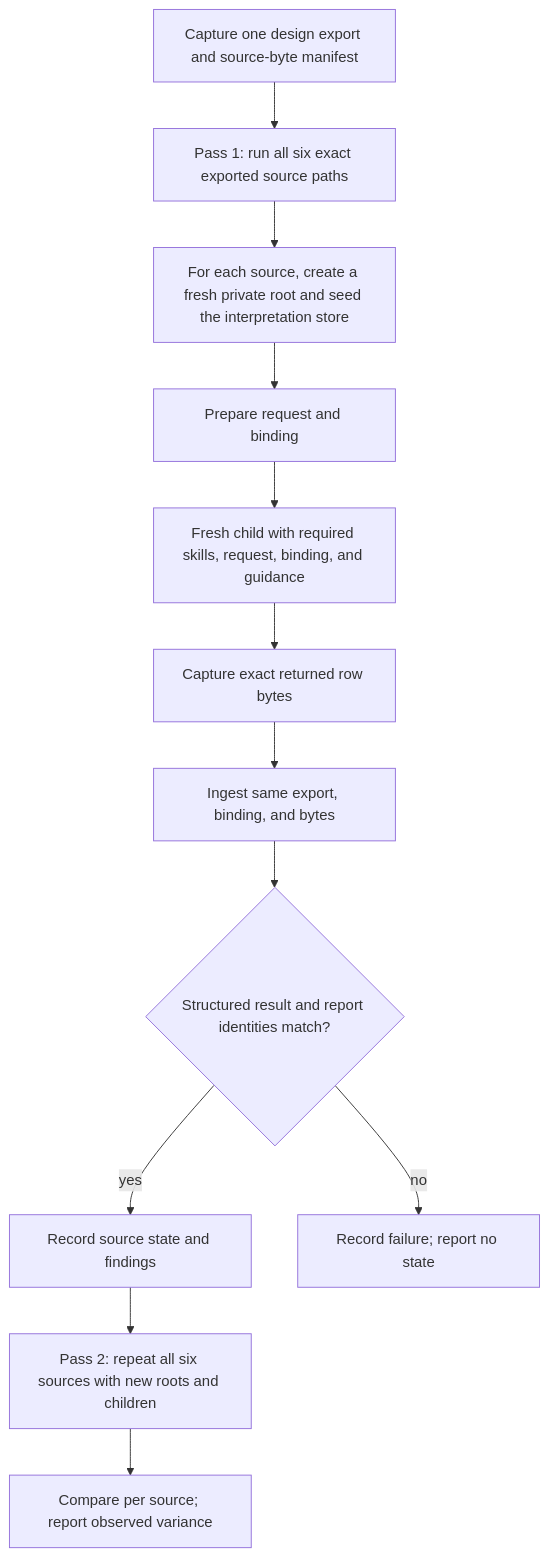
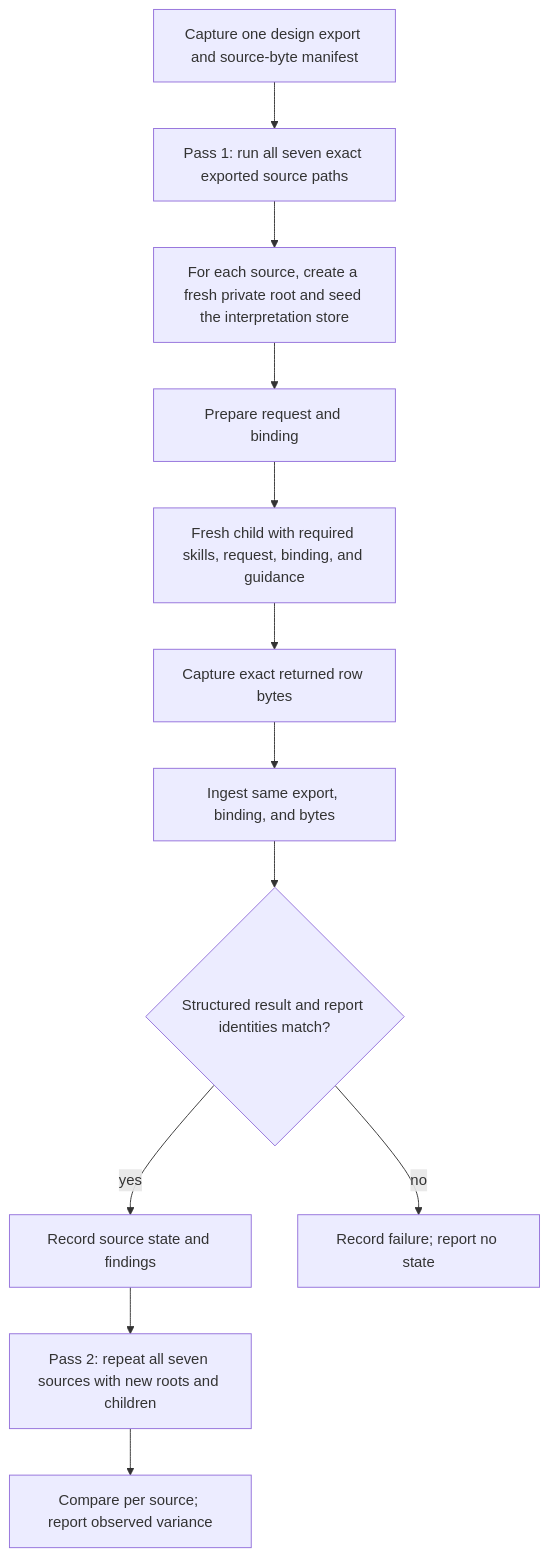
One commit to farhoud/sigil changed the second of 2 diagrams in docs/plans/2026-09-24-0924-feat-slotted-compute-demo-plan.md. Above: the diagram before and after it, drawn with Mermaid. The commit also changed other lines of this file and 7 other files, not shown here.

````diff
--- a/docs/plans/2026-09-24-0924-feat-slotted-compute-demo-plan.md
+++ b/docs/plans/2026-09-24-0924-feat-slotted-compute-demo-plan.md
@@ -228,14 +231,14 @@
 ```mermaid
 flowchart TD
-  export["Capture one design export and source-byte manifest"] --> pass1["Pass 1: run all six exact exported source paths"]
+  export["Capture one design export and source-byte manifest"] --> pass1["Pass 1: run all seven exact exported source paths"]
   pass1 --> root["For each source, create a fresh private root and seed the interpretation store"]
   root --> prepare["Prepare request and binding"]
   prepare --> child["Fresh child with required skills, request, binding, and guidance"]
   child --> bytes["Capture exact returned row bytes"]
   bytes --> ingest["Ingest same export, binding, and bytes"]
   ingest --> identity{"Structured result and report identities match?"}
   identity -->|yes| state["Record source state and findings"]
   identity -->|no| fail["Record failure; report no state"]
-  state --> pass2["Pass 2: repeat all six sources with new roots and children"]
+  state --> pass2["Pass 2: repeat all seven sources with new roots and children"]
   pass2 --> compare["Compare per source; report observed variance"]
 ```
````
